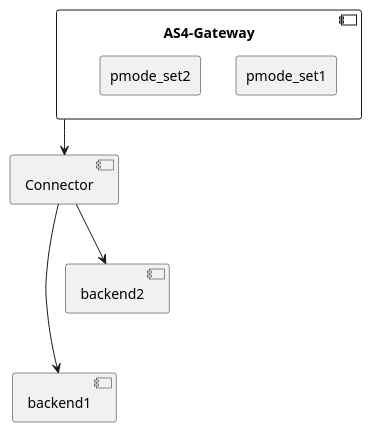
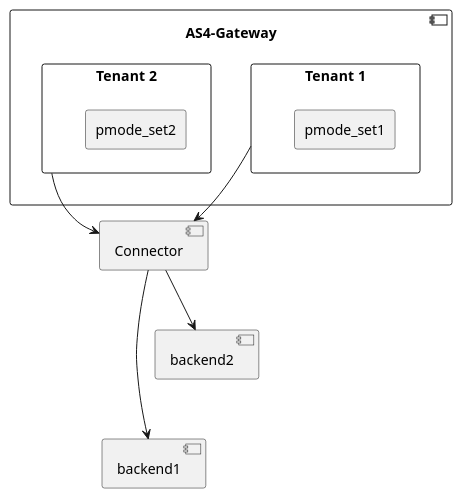
The third of 5 diagrams in domibusConnector/domibusConnectorDocumentation/src/asciidoc/doc/architecture/multiusecasepmode.adoc (muell16/domibusConnector), drawn with PlantUML before and after one commit. The commit also changed other lines of this file, not shown here.

```diff
--- a/domibusConnector/domibusConnectorDocumentation/src/asciidoc/doc/architecture/multiusecasepmode.adoc
+++ b/domibusConnector/domibusConnectorDocumentation/src/asciidoc/doc/architecture/multiusecasepmode.adoc
@@ -120,26 +122,31 @@
 [plantuml]
 ----
 @startuml
 
 component AS4_Gateway as "AS4-Gateway" {
-  rectangle pmode_set1
-  rectangle pmode_set2
+  rectangle AS4_Gateway_Tenant1 as "Tenant 1" {
+    rectangle pmode_set1
+  }
+  rectangle AS4_Gateway_Tenant2 as "Tenant 2" {
+    rectangle pmode_set2
+  }
 }
 
 component connector as "Connector"
 
 component backend1
 
 component backend2
 
-AS4_Gateway -down-> connector
+AS4_Gateway_Tenant1 -down-> connector
+AS4_Gateway_Tenant2 -down-> connector
 
 connector -down-> backend1
 
 connector -down-> backend2
 
 backend2 -[hidden]- backend1
 
 
 @enduml
 ----
```
